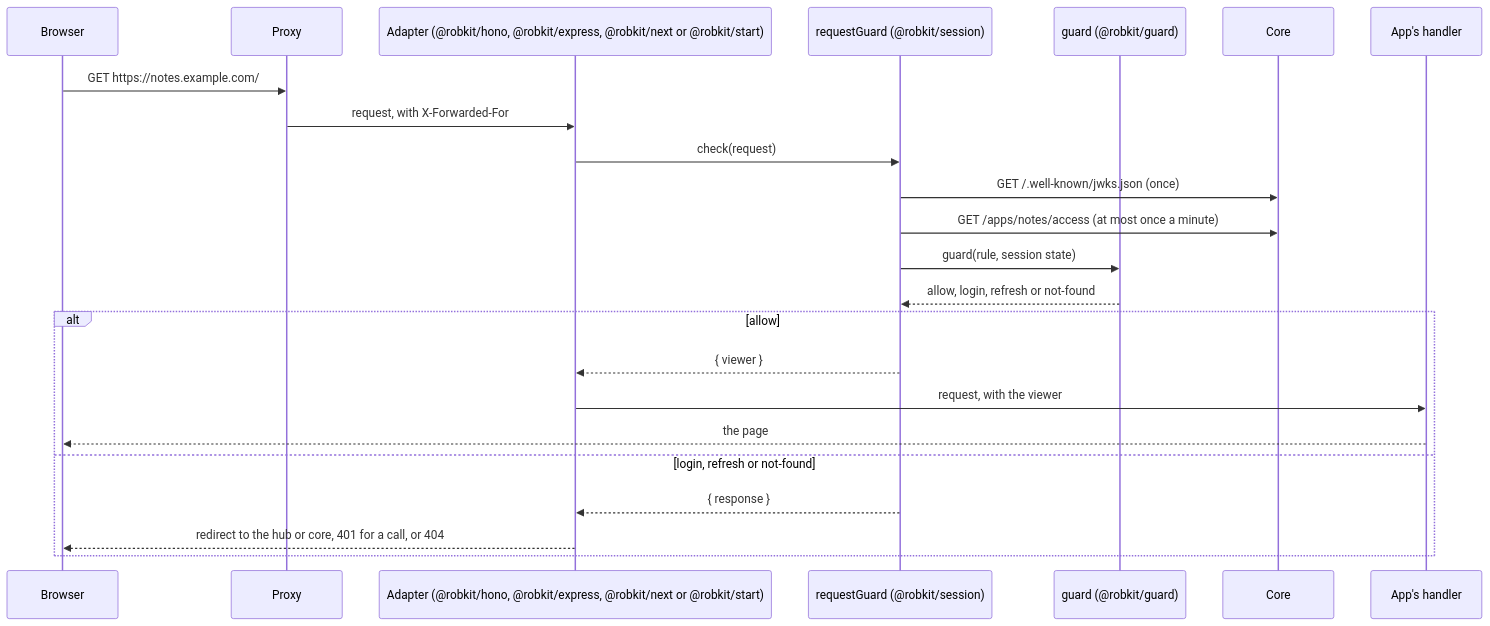
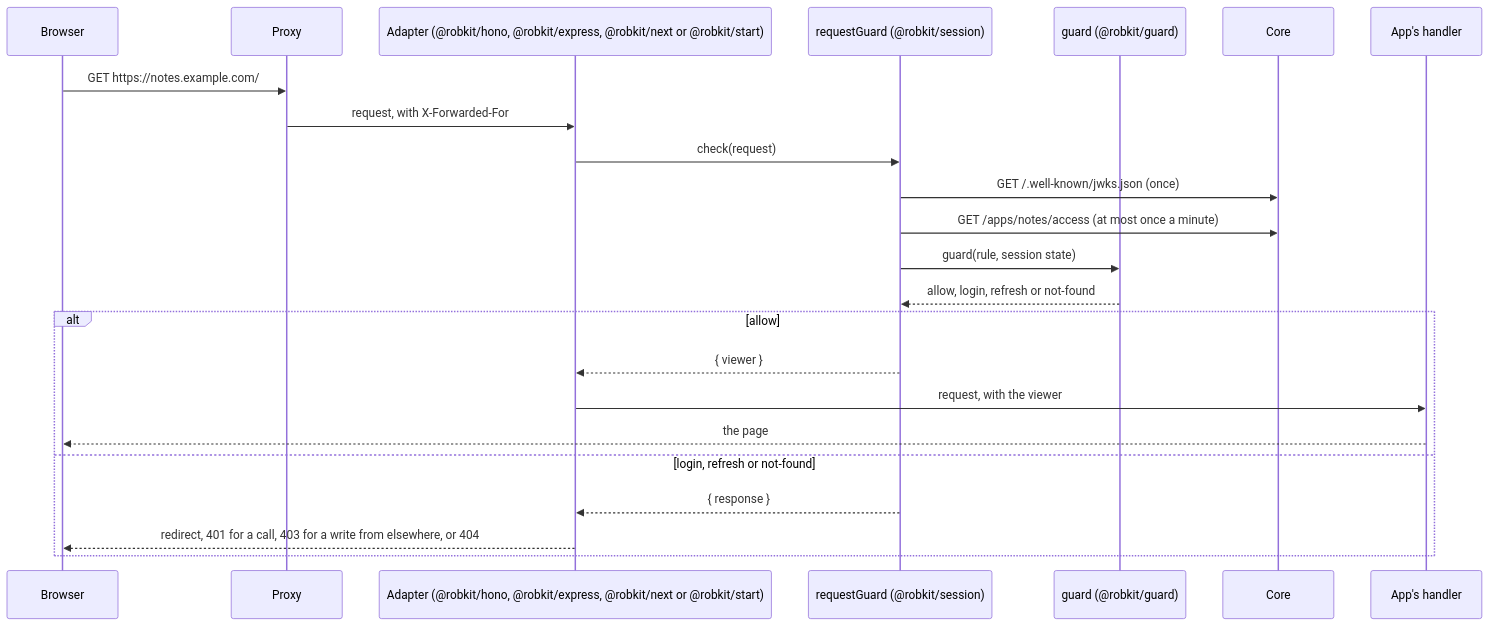
One commit to RobertScholey98/robkit changed the second of 5 diagrams in docs/architecture.md. Above: the diagram before and after it, drawn with Mermaid. The commit also changed other lines of this file and 5 other files, not shown here.

````diff
--- a/docs/architecture.md
+++ b/docs/architecture.md
@@ -37,26 +37,26 @@
 ```mermaid
 sequenceDiagram
   participant B as Browser
   participant P as Proxy
   participant A as Adapter (@robkit/hono, @robkit/express, @robkit/next or @robkit/start)
   participant R as requestGuard (@robkit/session)
   participant G as guard (@robkit/guard)
   participant C as Core
   participant H as App's handler
 
   B->>P: GET https://notes.example.com/
   P->>A: request, with X-Forwarded-For
   A->>R: check(request)
   R->>C: GET /.well-known/jwks.json (once)
   R->>C: GET /apps/notes/access (at most once a minute)
   R->>G: guard(rule, session state)
   G-->>R: allow, login, refresh or not-found
   alt allow
     R-->>A: { viewer }
     A->>H: request, with the viewer
     H-->>B: the page
   else login, refresh or not-found
     R-->>A: { response }
-    A-->>B: redirect to the hub or core, 401 for a call, or 404
+    A-->>B: redirect, 401 for a call, 403 for a write from elsewhere, or 404
   end
 ```
````
